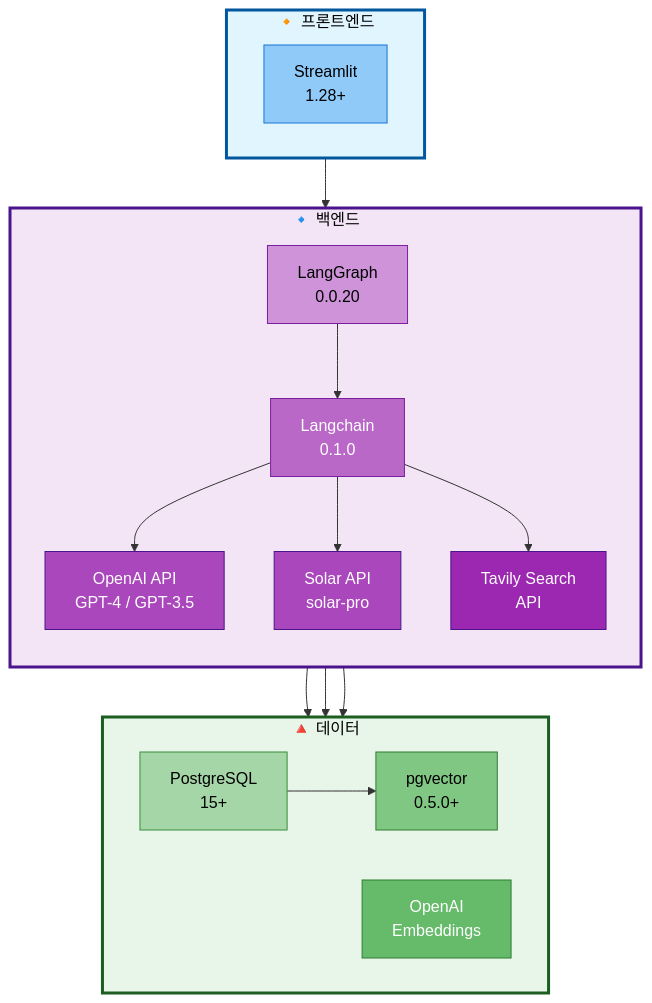
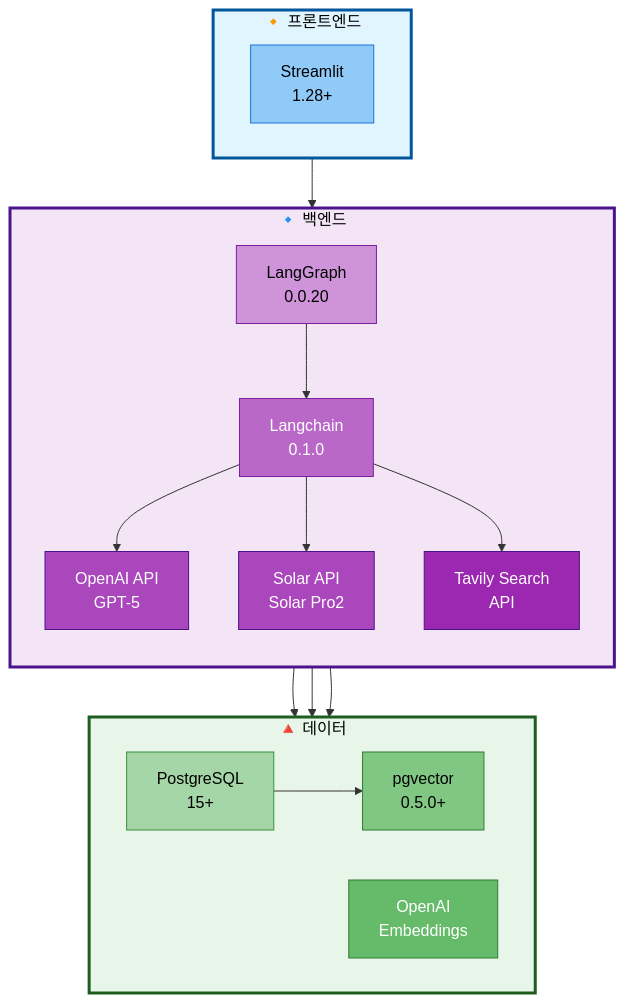
Before and after one commit to AIBootcamp14/langchainproject-new-langchainproject_5: the diagram in docs/PRD/10_기술_요구사항.md, drawn with Mermaid. The commit also changed other lines of this file, not shown here.

First line of the commit message:
docs: 기술_요구사항 LLM 모델명 업데이트

````diff
--- a/docs/PRD/10_기술_요구사항.md
+++ b/docs/PRD/10_기술_요구사항.md
@@ -15,42 +15,42 @@
 ```mermaid
 graph TB
     subgraph Frontend["🔸 프론트엔드"]
         direction LR
         UI[Streamlit<br/>1.28+]
     end
 
     subgraph Backend["🔹 백엔드"]
         direction TB
         LG[LangGraph<br/>0.0.20] --> LC[Langchain<br/>0.1.0]
-        LC --> LLM1[OpenAI API<br/>GPT-4 / GPT-3.5]
-        LC --> LLM2[Solar API<br/>solar-pro]
+        LC --> LLM1[OpenAI API<br/>GPT-5]
+        LC --> LLM2[Solar API<br/>Solar Pro2]
         LC --> Search[Tavily Search<br/>API]
     end
 
     subgraph Data["🔺 데이터"]
         direction LR
         PG[PostgreSQL<br/>15+] --> PGV[pgvector<br/>0.5.0+]
         EMB[OpenAI<br/>Embeddings]
     end
 
     UI --> LG
     LLM1 --> Data
     LLM2 --> Data
     Search --> Data
 
     %% Subgraph 스타일
     style Frontend fill:#e1f5ff,stroke:#01579b,stroke-width:3px,color:#000
     style Backend fill:#f3e5f5,stroke:#4a148c,stroke-width:3px,color:#000
     style Data fill:#e8f5e9,stroke:#1b5e20,stroke-width:3px,color:#000
 
     %% 노드 스타일
     style UI fill:#90caf9,stroke:#1976d2,color:#000
     style LG fill:#ce93d8,stroke:#7b1fa2,color:#000
     style LC fill:#ba68c8,stroke:#7b1fa2,color:#fff
     style LLM1 fill:#ab47bc,stroke:#4a148c,color:#fff
     style LLM2 fill:#ab47bc,stroke:#4a148c,color:#fff
     style Search fill:#9c27b0,stroke:#4a148c,color:#fff
     style PG fill:#a5d6a7,stroke:#388e3c,color:#000
     style PGV fill:#81c784,stroke:#2e7d32,color:#000
     style EMB fill:#66bb6a,stroke:#2e7d32,color:#fff
 ```
````
